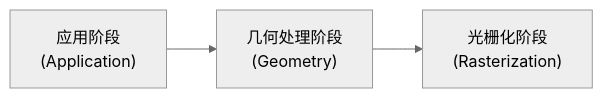
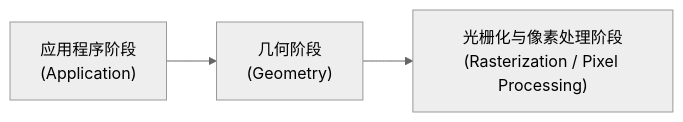
Before and after one commit to Henu-Kaguya/Computer-Graphics: the second of 4 diagrams in note/2026_review_Sonder9999.md, drawn with Mermaid (neutral theme). The commit also changed other lines of this file, not shown here.

````diff
--- a/note/2026_review_Sonder9999.md
+++ b/note/2026_review_Sonder9999.md
@@ -131,5 +131,5 @@
   ```mermaid
   graph LR
-      AppStage["应用阶段<br>(Application)"] --> GeoStage["几何处理阶段<br>(Geometry)"]
-      GeoStage --> RasterStage["光栅化阶段<br>(Rasterization)"]
+      AppStage["应用程序阶段<br>(Application)"] --> GeoStage["几何阶段<br>(Geometry)"]
+      GeoStage --> RasterStage["光栅化与像素处理阶段<br>(Rasterization / Pixel Processing)"]
   ```
````
